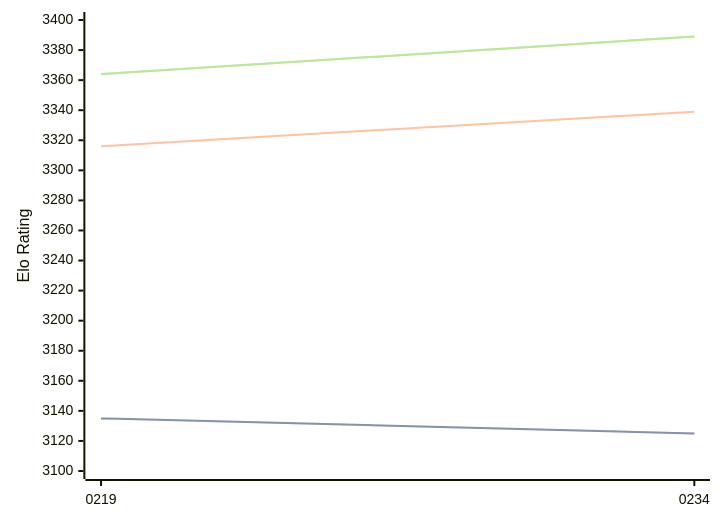
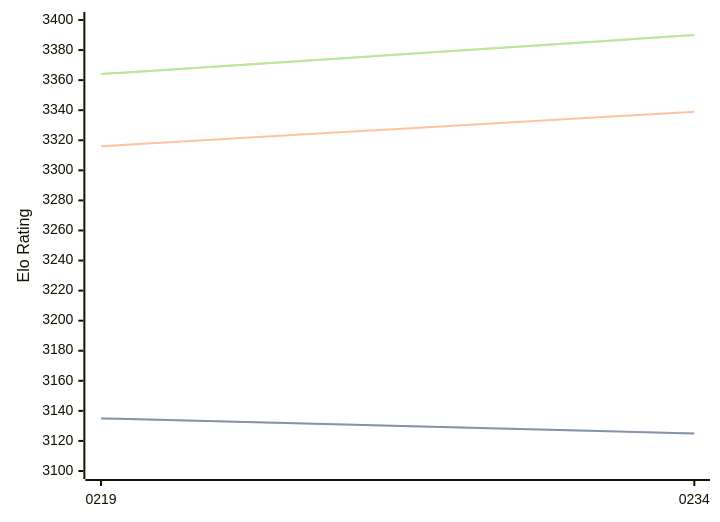
The diagram in engines/Ynode.md (computer-chess-index/cci), drawn with Mermaid before and after one commit. The commit also changed other lines of this file, not shown here.

Commit message:
Update CCI Ratings (ELO VLTC) - 2026-08-19

````diff
--- a/engines/Ynode.md
+++ b/engines/Ynode.md
@@ -32,11 +32,11 @@
 ```mermaid
 %%{init: {"theme":"base","themeVariables":{"seriesColors:['#a3a3a3','#222221','#faa371']}}}%%
 xychart-beta
   x-axis ["0219", "0234"]
   y-axis "Elo Rating" 3100 --> 3400
   line "STC (8.0+0.08s)" [3135, 3125]
   line "STC (8.0+0.08s)" [3135, 3125]
   line "LTC (60.0+0.60s)" [3316, 3339]
-  line "VLTC (2m24s+1.12s)" [3364, 3389]
-  line "VLTC (2m24s+1.12s)" [3364, 3389]
+  line "VLTC (2m24s+1.12s)" [3364, 3390]
+  line "VLTC (2m24s+1.12s)" [3364, 3390]
 ```
````
